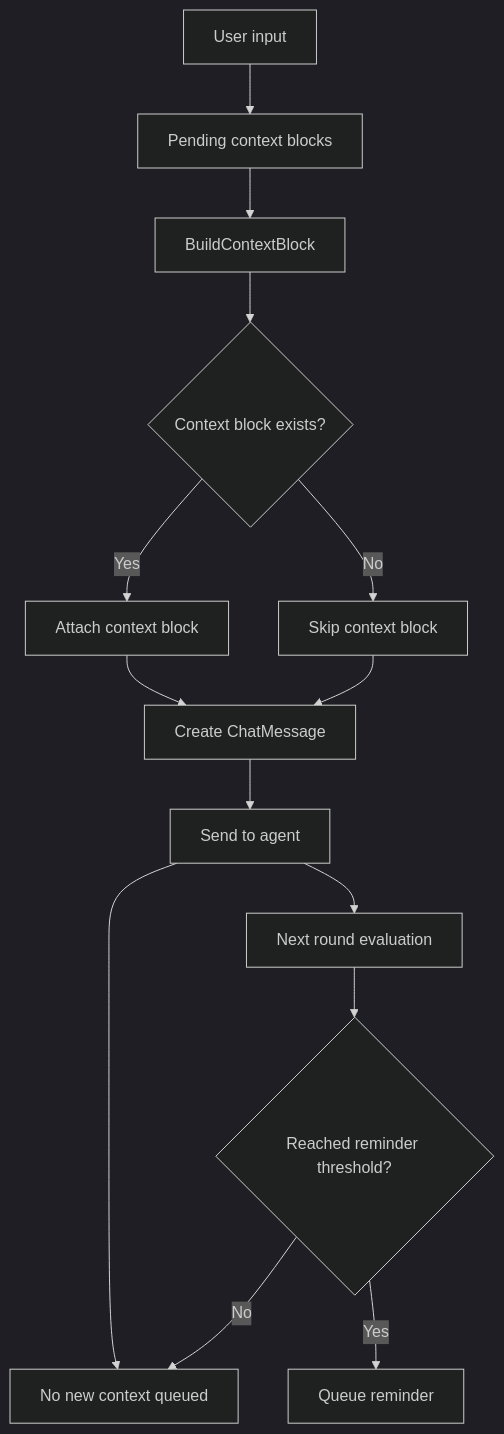
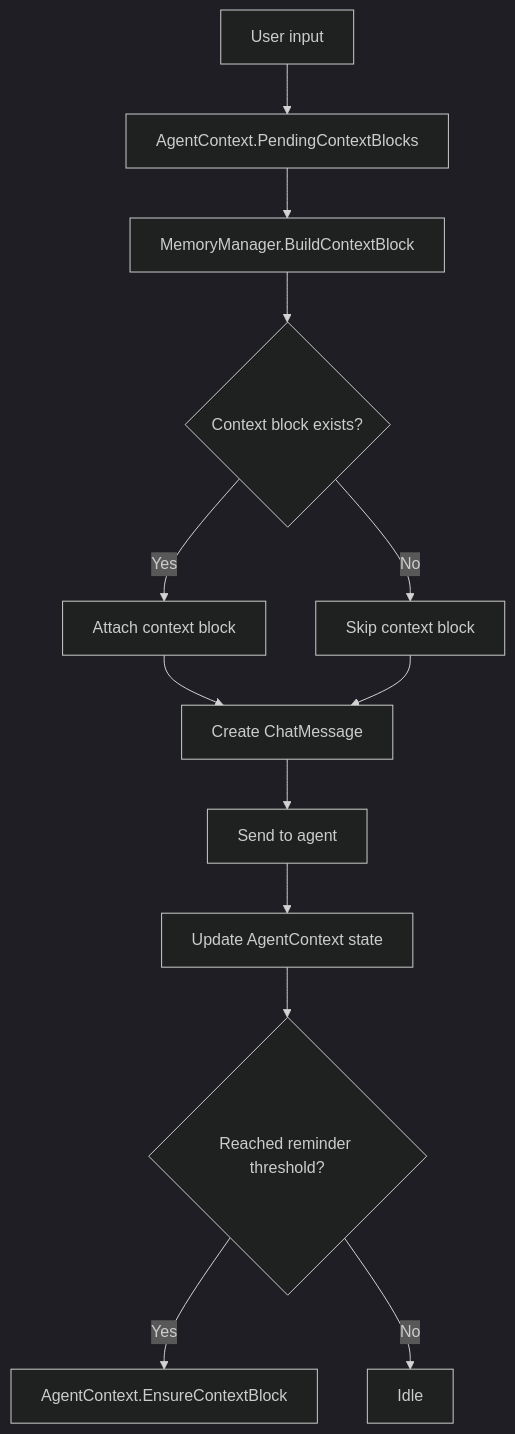
Before and after one commit to lyq-lin/YCode.CLI: the second of 2 diagrams in README.md, drawn with Mermaid (dark theme). The commit also changed other lines of this file, not shown here.

````diff
--- a/README.md
+++ b/README.md
@@ -43,16 +49,15 @@
 ```mermaid
 flowchart TD
-    Input[User input] --> Queue[Pending context blocks]
-    Queue --> Build["BuildContextBlock"]
+    Input[User input] --> Blocks[AgentContext.PendingContextBlocks]
+    Blocks --> Build[MemoryManager.BuildContextBlock]
     Build --> HasBlock{Context block exists?}
     HasBlock -- Yes --> Attach[Attach context block]
     HasBlock -- No --> Direct[Skip context block]
     Attach --> Msg[Create ChatMessage]
     Direct --> Msg
     Msg --> Send[Send to agent]
-    Send --> Idle[No new context queued]
-    Send --> Later[Next round evaluation]
-    Later --> Window{Reached reminder threshold?}
-    Window -- Yes --> Reminder[Queue reminder]
+    Send --> Update[Update AgentContext state]
+    Update --> Window{Reached reminder threshold?}
+    Window -- Yes --> Reminder[AgentContext.EnsureContextBlock]
     Window -- No --> Idle
 ```
````
